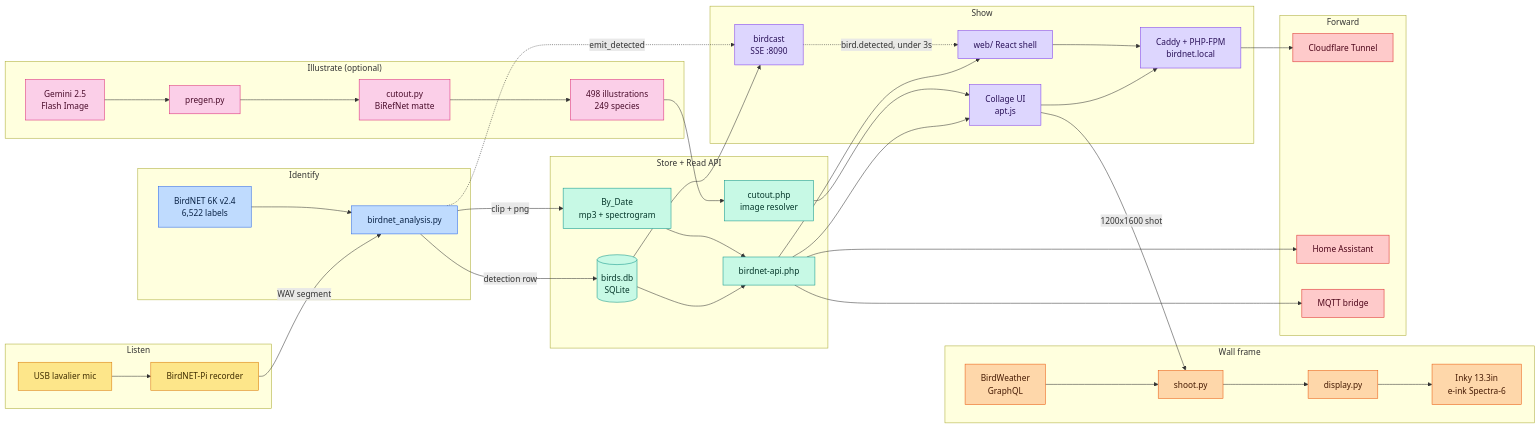
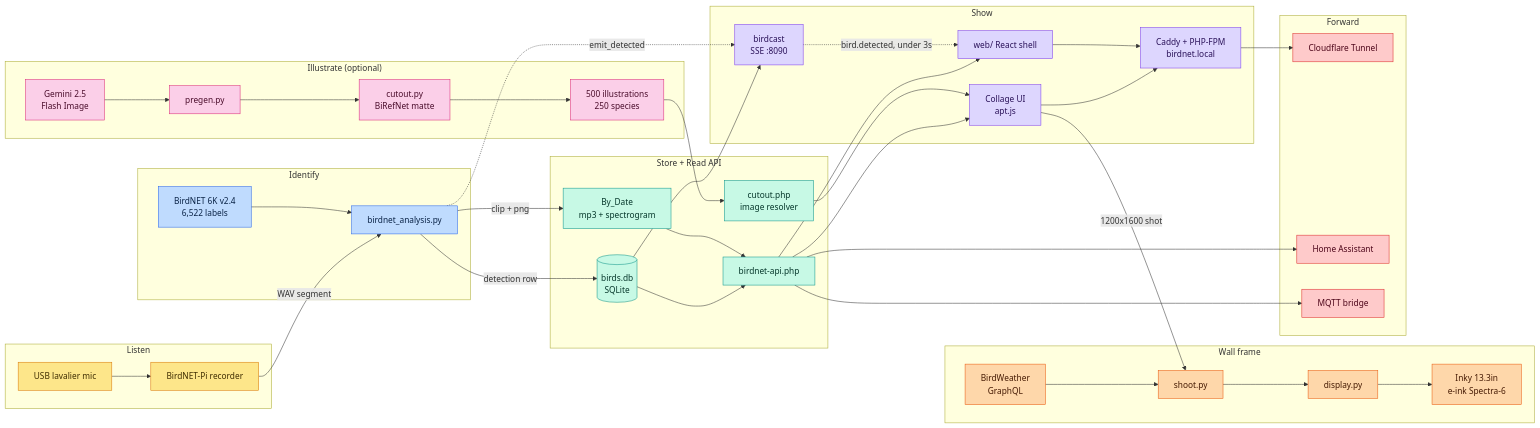
The diagram in README.md (Belkins/belkins-birdnet), drawn with Mermaid before and after one commit. The commit also changed other lines of this file and 6 other files, not shown here.

````diff
--- a/README.md
+++ b/README.md
@@ -67,71 +67,71 @@
 ```mermaid
 flowchart LR
     classDef cap fill:#fde68a,stroke:#d97706,color:#3f2d00;
     classDef det fill:#bfdbfe,stroke:#2563eb,color:#0b2447;
     classDef sto fill:#c7f9e5,stroke:#0d9488,color:#06372b;
     classDef ill fill:#fbcfe8,stroke:#db2777,color:#4a0d2b;
     classDef disp fill:#ddd6fe,stroke:#7c3aed,color:#2a1259;
     classDef fwd fill:#fecaca,stroke:#dc2626,color:#4c0519;
     classDef frm fill:#fed7aa,stroke:#ea580c,color:#451a03;
 
     subgraph LISTEN [" Listen "]
         mic["USB lavalier mic"]:::cap
         rec["BirdNET-Pi recorder"]:::cap
     end
     subgraph IDENT [" Identify "]
         model["BirdNET 6K v2.4<br/>6,522 labels"]:::det
         ana["birdnet_analysis.py"]:::det
     end
     subgraph CORE [" Store + Read API "]
         db[("birds.db<br/>SQLite")]:::sto
         media["By_Date<br/>mp3 + spectrogram"]:::sto
         api["birdnet-api.php"]:::sto
         cut["cutout.php<br/>image resolver"]:::sto
     end
     subgraph ART [" Illustrate (optional) "]
         gemini["Gemini 2.5<br/>Flash Image"]:::ill
         pregen["pregen.py"]:::ill
         cutpy["cutout.py<br/>BiRefNet matte"]:::ill
-        illus["498 illustrations<br/>249 species"]:::ill
+        illus["500 illustrations<br/>250 species"]:::ill
     end
     subgraph SHOW [" Show "]
         ui["Collage UI<br/>apt.js"]:::disp
         web["web/ React shell"]:::disp
         cast["birdcast<br/>SSE :8090"]:::disp
         caddy["Caddy + PHP-FPM<br/>birdnet.local"]:::disp
     end
     subgraph WALL [" Wall frame "]
         bw["BirdWeather<br/>GraphQL"]:::frm
         shoot["shoot.py"]:::frm
         disp["display.py"]:::frm
         inky["Inky 13.3in<br/>e-ink Spectra-6"]:::frm
     end
     subgraph OUT [" Forward "]
         cf["Cloudflare Tunnel"]:::fwd
         ha["Home Assistant"]:::fwd
         mqtt["MQTT bridge"]:::fwd
     end
 
     mic --> rec -->|"WAV segment"| ana
     model --> ana
     ana -->|"detection row"| db
     ana -->|"clip + png"| media
     ana -. "emit_detected" .-> cast
     db --> api
     db --> cast
     media --> api
     illus --> cut
     gemini --> pregen --> cutpy --> illus
     api --> ui
     cut --> ui
     api --> web
     cast -. "bird.detected, under 3s" .-> web
     ui --> caddy
     web --> caddy
     caddy --> cf
     api --> ha
     api --> mqtt
     ui -->|"1200x1600 shot"| shoot
     bw --> shoot
     shoot --> disp --> inky
 ```
````
